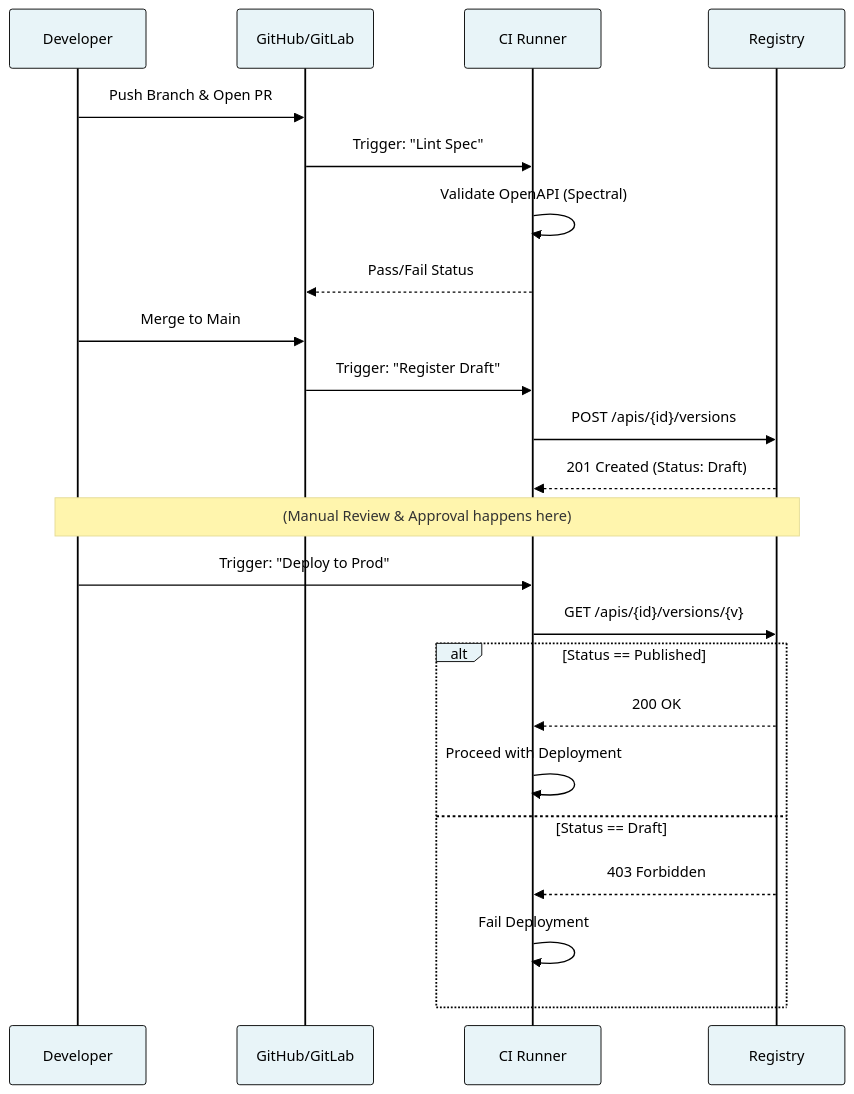
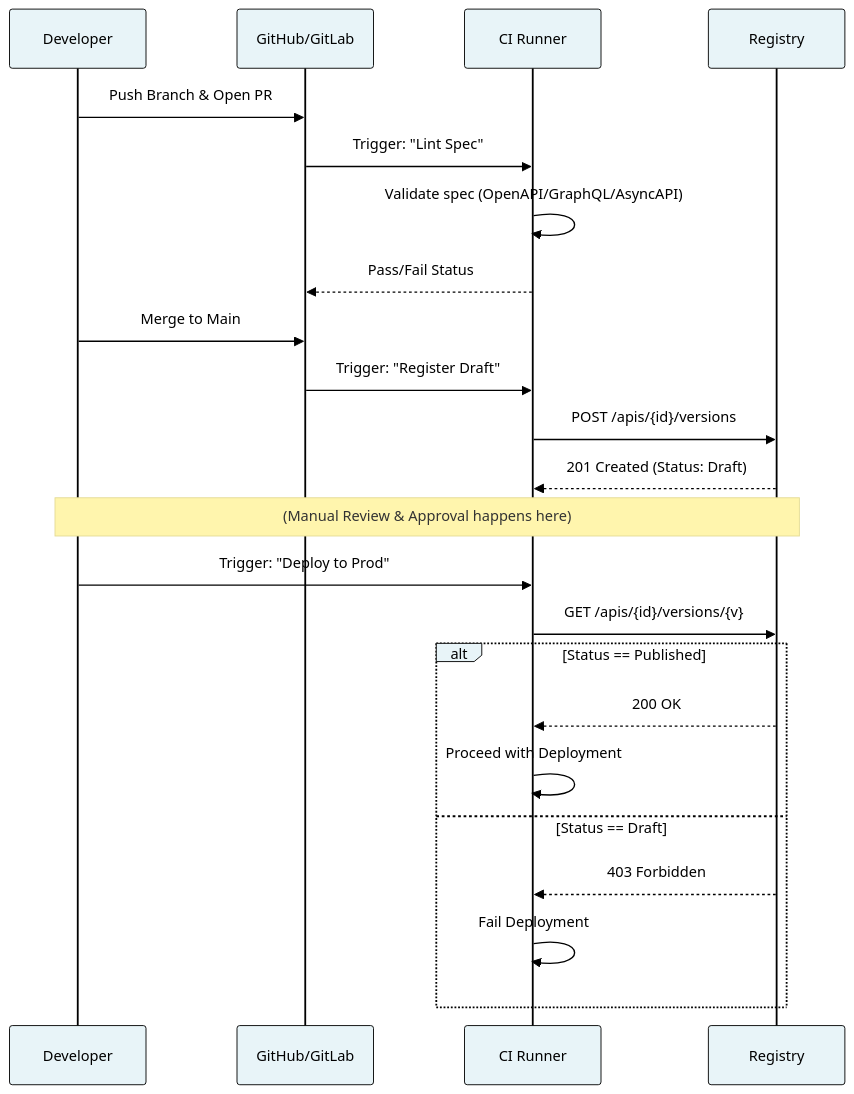
The tenth of 12 diagrams in technical-design.md (barbecuesteve/api-governance), drawn with Mermaid before and after one commit. The commit also changed other lines of this file and 6 other files, not shown here.

Commit message:
Adds AsyncAPI and GraphQL as first class cititzens

```diff
--- a/technical-design.md
+++ b/technical-design.md
@@ -830,30 +858,30 @@
 <pre class="mermaid">
 %%{init: {'theme':'base', 'themeVariables': { 'primaryColor':'#e8f4f8','primaryTextColor':'#000','primaryBorderColor':'#000','lineColor':'#333'}}}%%
 sequenceDiagram
     participant Dev as Developer
     participant Git as GitHub/GitLab
     participant CI as CI Runner
     participant Reg as Registry
 
     Dev->>Git: Push Branch & Open PR
     Git->>CI: Trigger: "Lint Spec"
-    CI->>CI: Validate OpenAPI (Spectral)
+    CI->>CI: Validate spec (OpenAPI/GraphQL/AsyncAPI)
     CI-->>Git: Pass/Fail Status
 
     Dev->>Git: Merge to Main
     Git->>CI: Trigger: "Register Draft"
     CI->>Reg: POST /apis/{id}/versions
     Reg-->>CI: 201 Created (Status: Draft)
 
     Note over Dev, Reg: (Manual Review & Approval happens here)
 
     Dev->>CI: Trigger: "Deploy to Prod"
     CI->>Reg: GET /apis/{id}/versions/{v}
     alt Status == Published
         Reg-->>CI: 200 OK
         CI->>CI: Proceed with Deployment
     else Status == Draft
         Reg-->>CI: 403 Forbidden
         CI->>CI: Fail Deployment
     end
 </pre>
```
